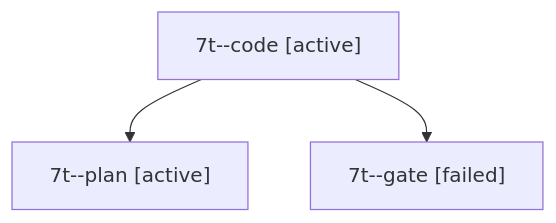
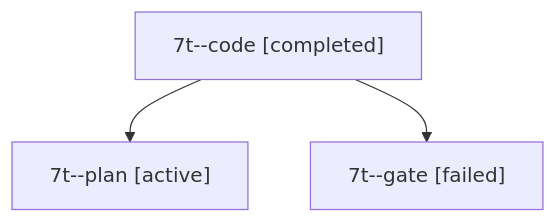
Before and after one commit to sase-org/sase--agents: the diagram in sessions/bbugyi200.apollo.7t.md, drawn with Mermaid. The commit also changed other lines of this file and 10 other files, not shown here.

````diff
--- a/sessions/bbugyi200.apollo.7t.md
+++ b/sessions/bbugyi200.apollo.7t.md
@@ -9,8 +9,8 @@
 ```mermaid
 flowchart TD
-  n0["7t--code [active]"]
+  n0["7t--code [completed]"]
   n1["7t--plan [active]"]
   n0 --> n1
   n2["7t--gate [failed]"]
   n0 --> n2
 ```
````
